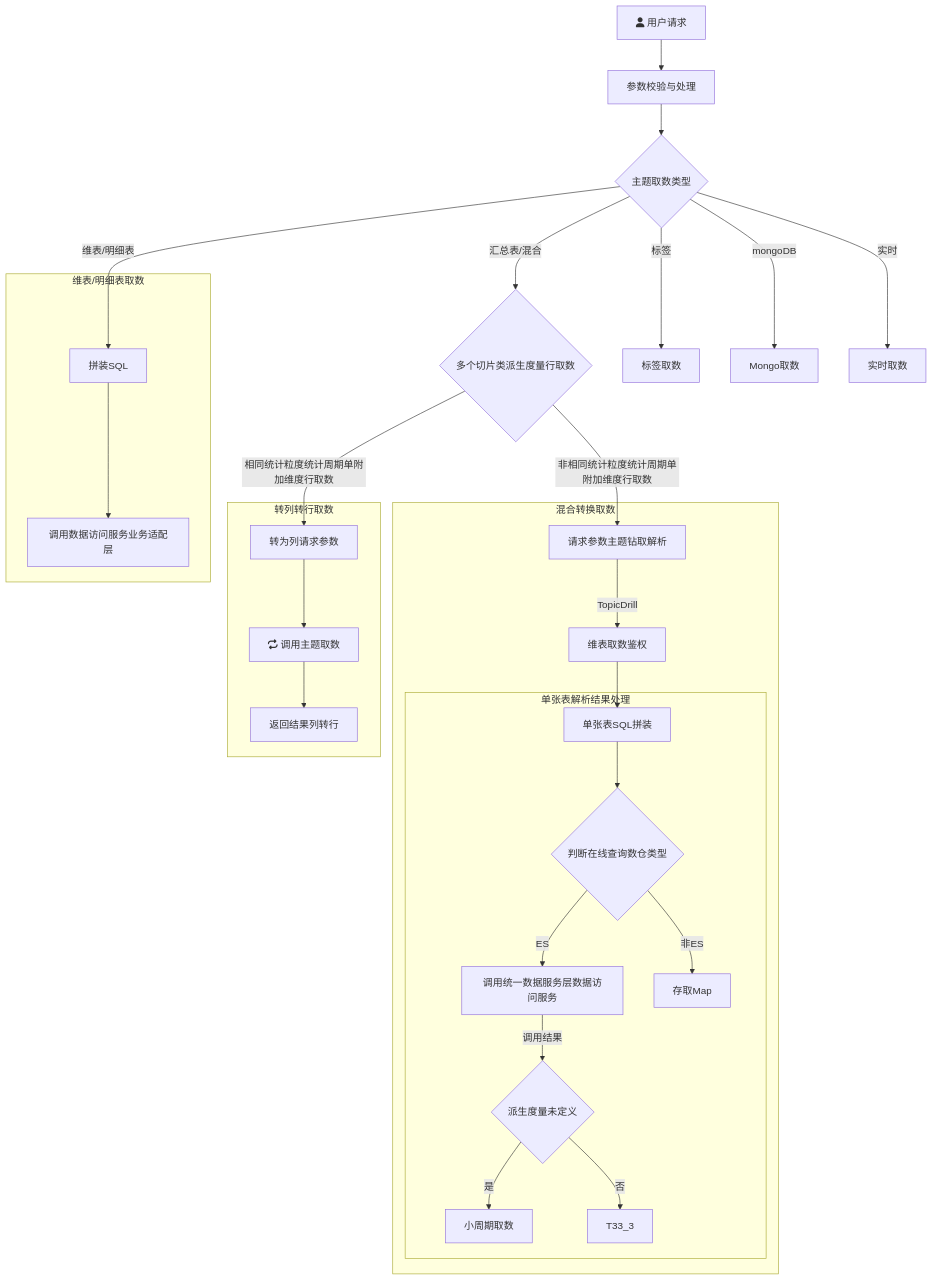
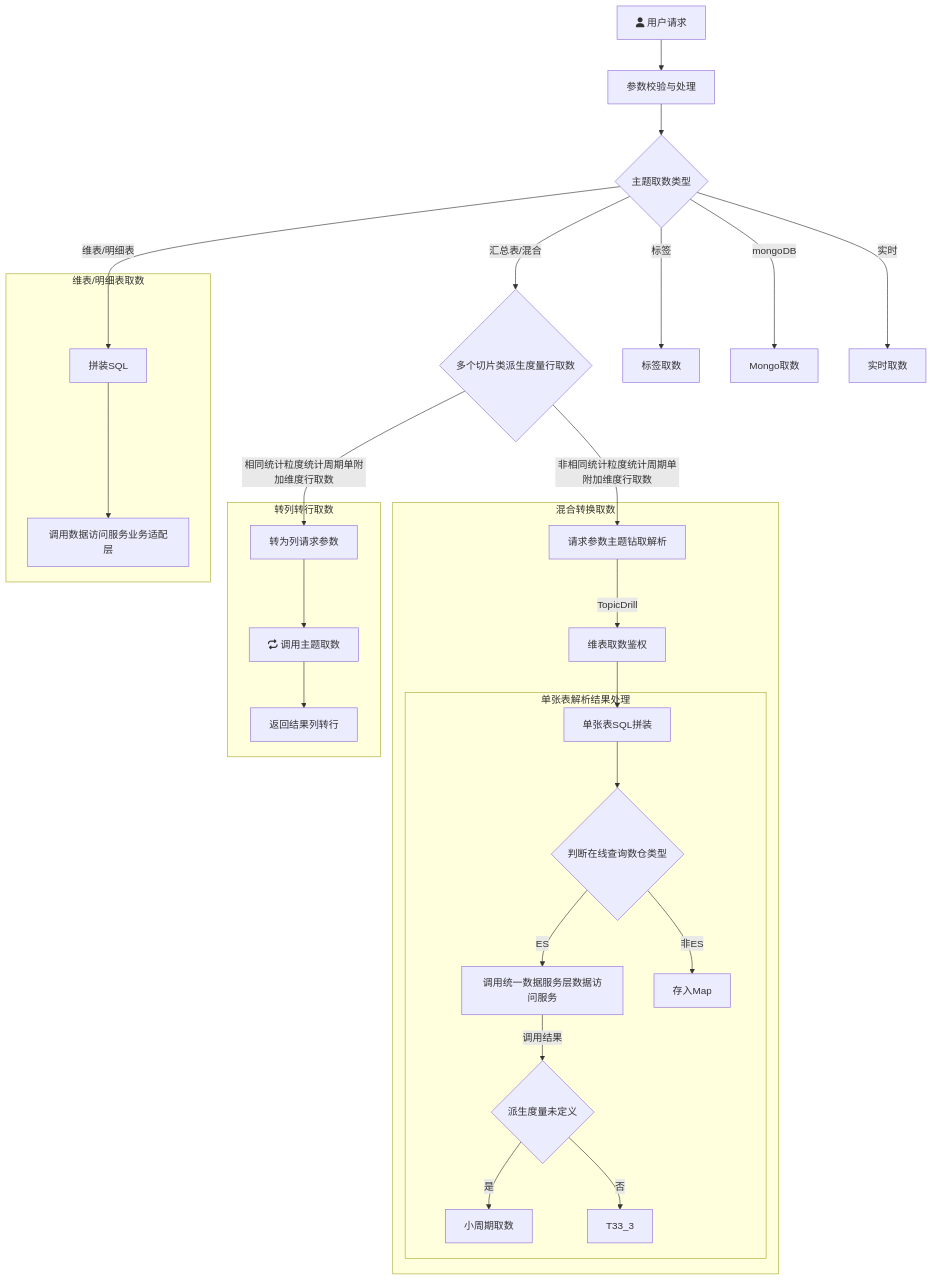
One commit to yanglosm/iodraw-files changed the diagram in all/未命名.md. Above: the diagram before and after it, drawn with Mermaid.

Commit message:
2024-11-29 19:03:37 update

````diff
--- a/all/未命名.md
+++ b/all/未命名.md
@@ -1,26 +1,26 @@
 ```mermaid
 flowchart TD
     A[fa:fa-user 用户请求] -->A1[参数校验与处理] --> B{主题取数类型}
     B -->|维表/明细表| D[拼装SQL]
     B -->|汇总表/混合| E{多个切片类派生度量行取数}
     B -->|标签| F[标签取数]
     B -->|mongoDB| G[Mongo取数]
     B -->|实时| H[实时取数]
     E -->|相同统计粒度统计周期单附加维度行取数| E1[转为列请求参数]
     E -->|非相同统计粒度统计周期单附加维度行取数| T1[请求参数主题钻取解析]
     subgraph 维表/明细表取数
     D-->D1[调用数据访问服务业务适配层]
     end
     subgraph 转列转行取数
     E1-->E11[fa:fa-repeat 调用主题取数]-->E12[返回结果列转行]
     end
     subgraph 混合转换取数
     T1-->|TopicDrill| T2[维表取数鉴权] --> T31[单张表SQL拼装]
         subgraph 单张表解析结果处理
         T31 --> T4{判断在线查询数仓类型}-->|ES|T32[调用统一数据服务层数据访问服务] --> |调用结果|T33{派生度量未定义}
         T33 --> |是|T33_1[小周期取数]
         T33 --> |否|T33_3
-        T4 --> |非ES|T41[存取Map]
+        T4 --> |非ES|T41[存入Map]
         end
     end
 ```
````
